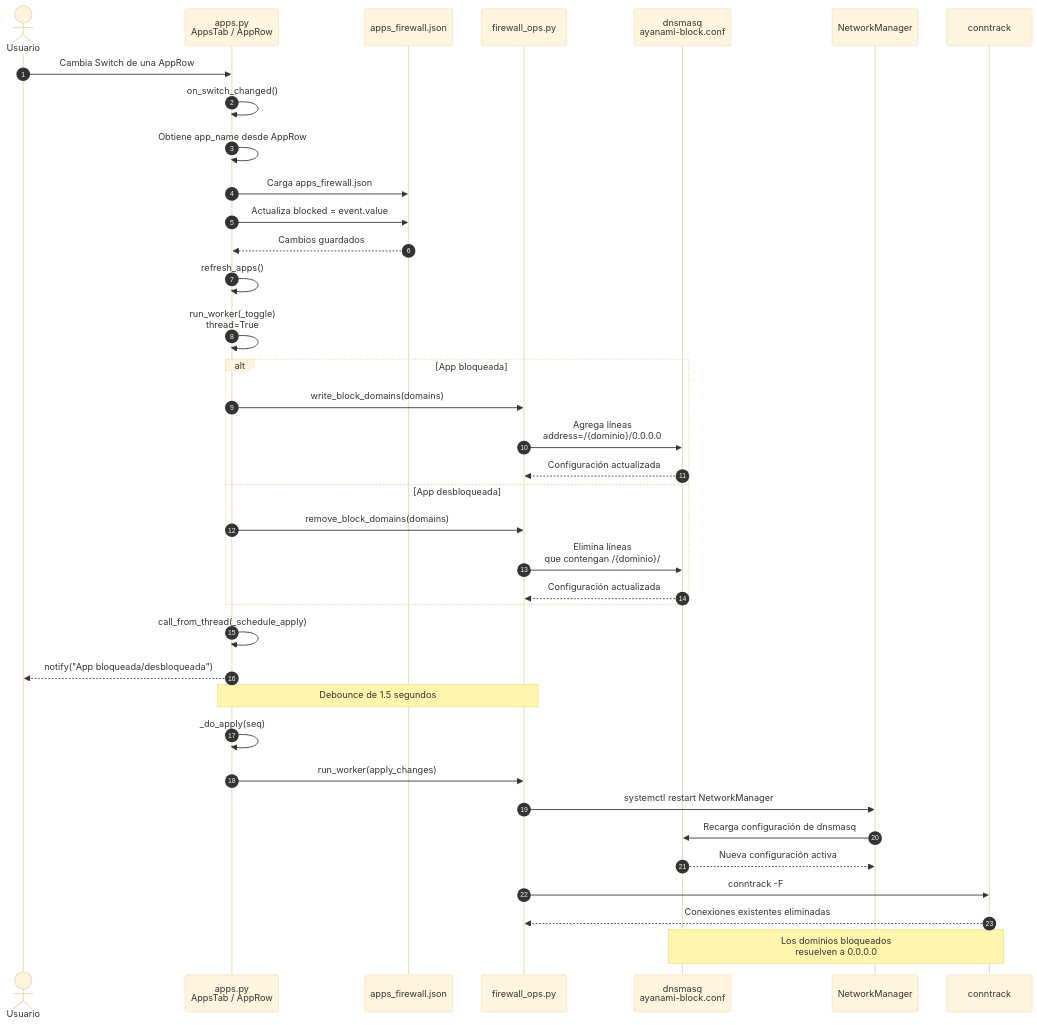
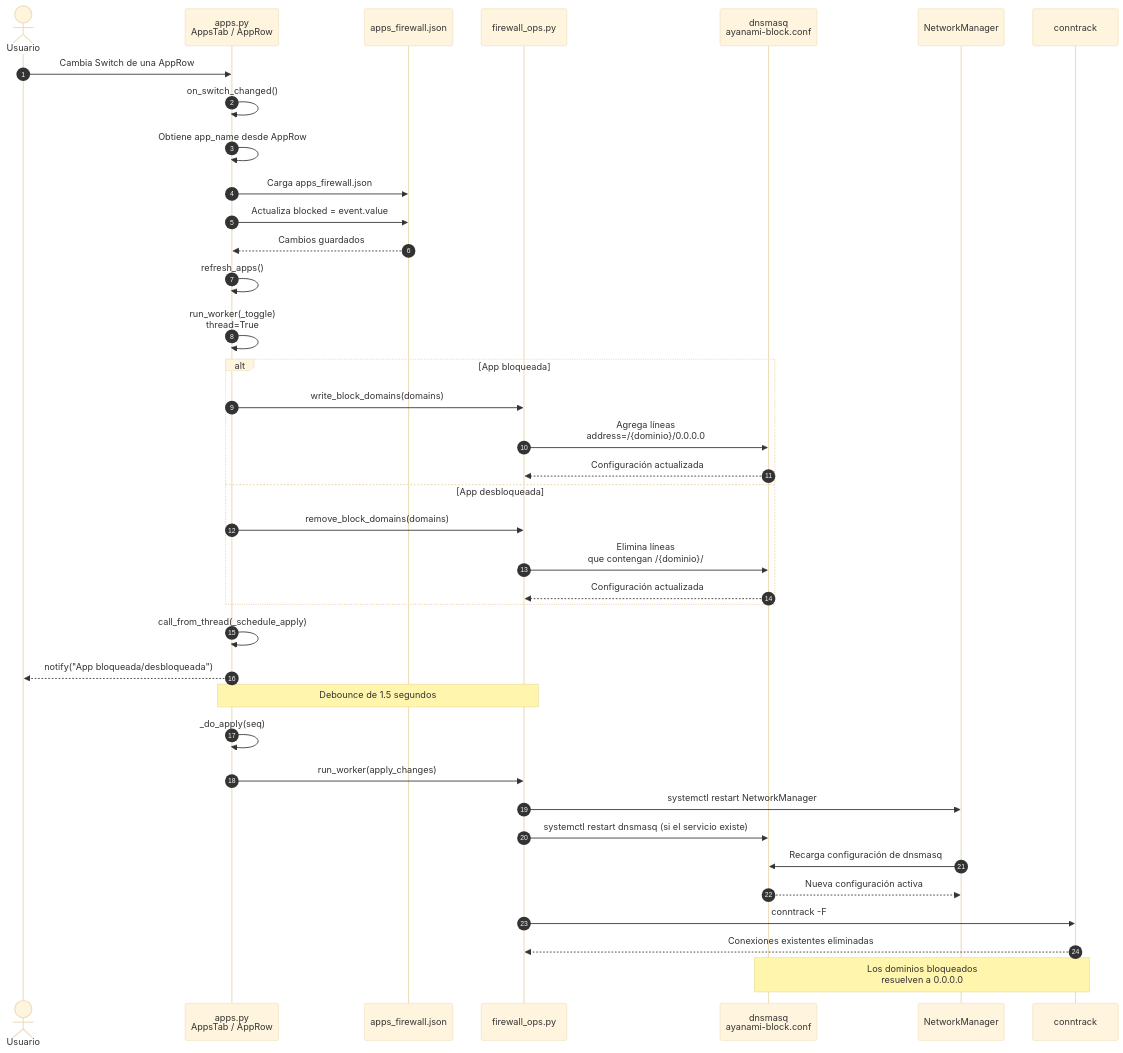
The fourth of 7 diagrams in ManualProgramador.md (00Danii/Ayanami), drawn with Mermaid (base theme) before and after one commit. The commit also changed other lines of this file and 2 other files, not shown here.

Commit message:
feat: Al aplicar cambios en el firewall, se reinicia el servicio dnsmasq para que los cambios tengan efecto.

````diff
--- a/ManualProgramador.md
+++ b/ManualProgramador.md
@@ -610,50 +610,51 @@
 ```mermaid
 sequenceDiagram
     autonumber
 
     actor U as Usuario
     participant UI as apps.py<br/>AppsTab / AppRow
     participant JSON as apps_firewall.json
     participant OPS as firewall_ops.py
     participant DNS as dnsmasq<br/>ayanami-block.conf
     participant NM as NetworkManager
     participant CT as conntrack
 
     U->>UI: Cambia Switch de una AppRow
 
     UI->>UI: on_switch_changed()
     UI->>UI: Obtiene app_name desde AppRow
     UI->>JSON: Carga apps_firewall.json
     UI->>JSON: Actualiza blocked = event.value
     JSON-->>UI: Cambios guardados
 
     UI->>UI: refresh_apps()
     UI->>UI: run_worker(_toggle)<br/>thread=True
 
     alt App bloqueada
         UI->>OPS: write_block_domains(domains)
         OPS->>DNS: Agrega líneas<br/>address=/{dominio}/0.0.0.0
         DNS-->>OPS: Configuración actualizada
     else App desbloqueada
         UI->>OPS: remove_block_domains(domains)
         OPS->>DNS: Elimina líneas<br/>que contengan /{dominio}/
         DNS-->>OPS: Configuración actualizada
     end
 
     UI->>UI: call_from_thread(_schedule_apply)
     UI-->>U: notify("App bloqueada/desbloqueada")
 
     Note over UI,OPS: Debounce de 1.5 segundos
 
     UI->>UI: _do_apply(seq)
     UI->>OPS: run_worker(apply_changes)
 
     OPS->>NM: systemctl restart NetworkManager
+    OPS->>DNS: systemctl restart dnsmasq (si el servicio existe)
     NM->>DNS: Recarga configuración de dnsmasq
     DNS-->>NM: Nueva configuración activa
 
     OPS->>CT: conntrack -F
     CT-->>OPS: Conexiones existentes eliminadas
 
     Note over DNS,CT: Los dominios bloqueados<br/>resuelven a 0.0.0.0
 ```
````
